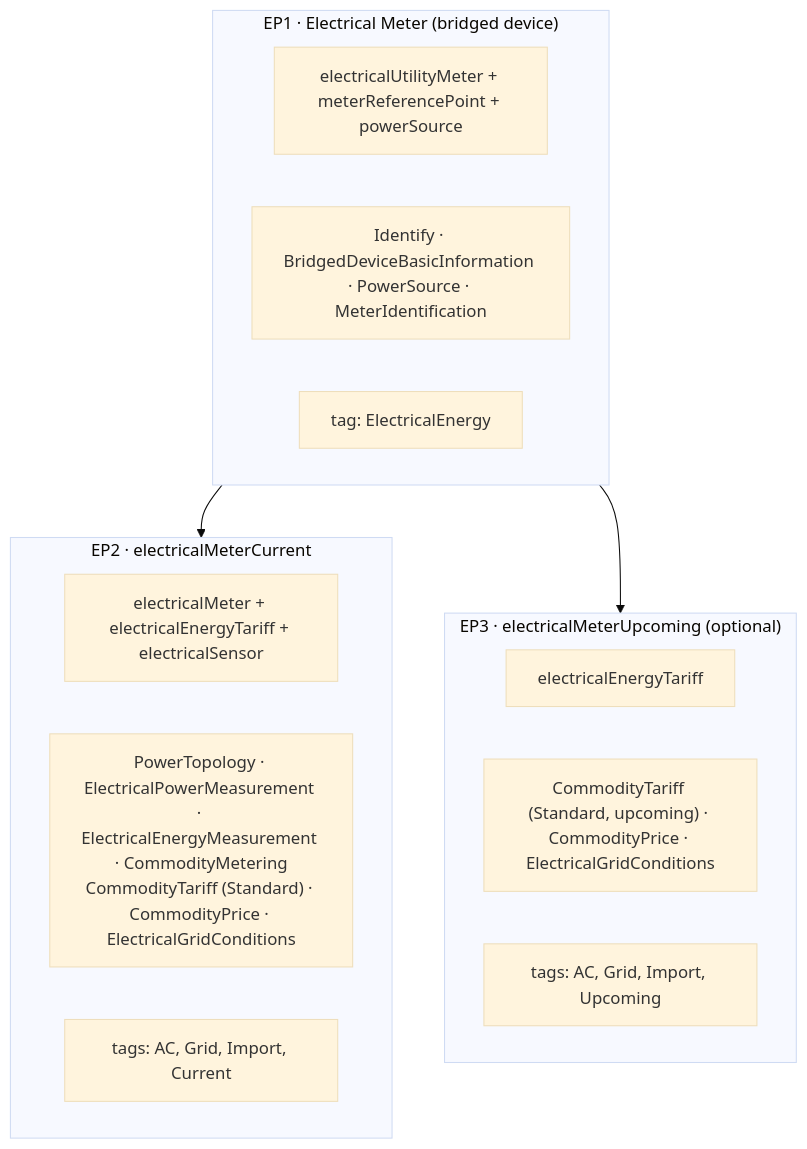
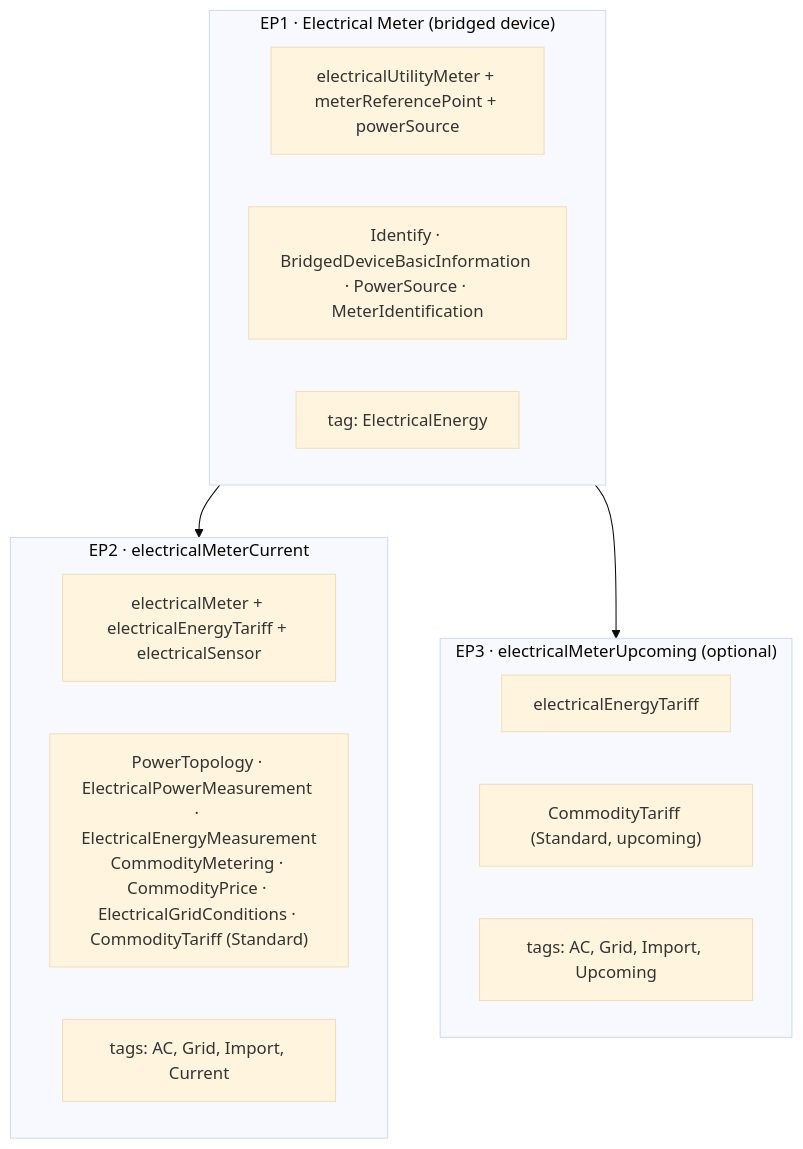
The diagram in README.md (lboue/matterbridge-example-electrical-meter), drawn with Mermaid (base theme) before and after one commit. The commit also changed other lines of this file and 2 other files, not shown here.

First line of the commit message:
fix: publish the full CommodityTariff schedule on EP2/EP3 for real

````diff
--- a/README.md
+++ b/README.md
@@ -17,23 +17,23 @@
 ```mermaid
 flowchart TD
     subgraph EP1["EP1 · Electrical Meter (bridged device)"]
         EP1types["electricalUtilityMeter + meterReferencePoint + powerSource"]
         EP1clusters["Identify · BridgedDeviceBasicInformation · PowerSource · MeterIdentification"]
         EP1tag["tag: ElectricalEnergy"]
     end
 
     subgraph EP2["EP2 · electricalMeterCurrent"]
         EP2types["electricalMeter + electricalEnergyTariff + electricalSensor"]
-        EP2clusters["PowerTopology · ElectricalPowerMeasurement · ElectricalEnergyMeasurement · CommodityMetering<br/>CommodityTariff (Standard) · CommodityPrice · ElectricalGridConditions"]
+        EP2clusters["PowerTopology · ElectricalPowerMeasurement · ElectricalEnergyMeasurement<br/>CommodityMetering · CommodityPrice · ElectricalGridConditions · CommodityTariff (Standard)"]
         EP2tag["tags: AC, Grid, Import, Current"]
     end
 
     subgraph EP3["EP3 · electricalMeterUpcoming (optional)"]
         EP3types["electricalEnergyTariff"]
-        EP3clusters["CommodityTariff (Standard, upcoming) · CommodityPrice · ElectricalGridConditions"]
+        EP3clusters["CommodityTariff (Standard, upcoming)"]
         EP3tag["tags: AC, Grid, Import, Upcoming"]
     end
 
     EP1 --> EP2
     EP1 --> EP3
 ```
````
